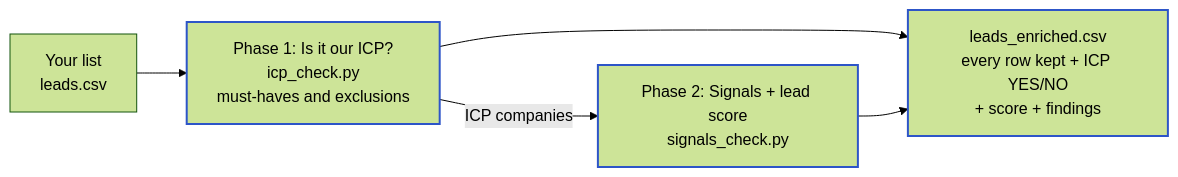
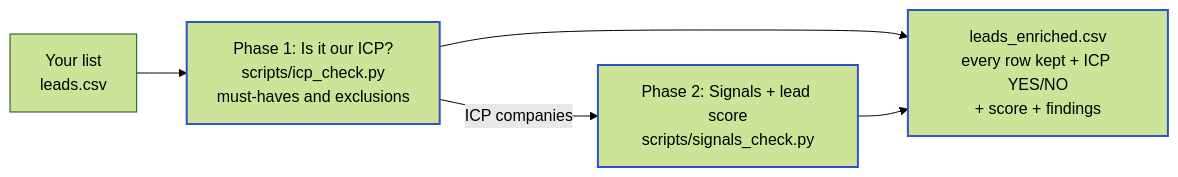
One commit to aligmirza/PuzzleLeadScoring changed the first of 11 diagrams in docs/DOCUMENTATION.md. Above: the diagram before and after it, drawn with Mermaid (forest theme). The commit also changed other lines of this file and 17 other files, not shown here.

````diff
--- a/docs/DOCUMENTATION.md
+++ b/docs/DOCUMENTATION.md
@@ -28,10 +27,10 @@
 ```mermaid
 flowchart LR
-    L["Your list<br/>leads.csv"] --> P1["Phase 1: Is it our ICP?<br/>icp_check.py<br/>must-haves and exclusions"]
-    P1 -->|"ICP companies"| P2["Phase 2: Signals + lead score<br/>signals_check.py"]
+    L["Your list<br/>leads.csv"] --> P1["Phase 1: Is it our ICP?<br/>scripts/icp_check.py<br/>must-haves and exclusions"]
+    P1 -->|"ICP companies"| P2["Phase 2: Signals + lead score<br/>scripts/signals_check.py"]
     P1 --> R["leads_enriched.csv<br/>every row kept + ICP YES/NO<br/>+ score + findings"]
     P2 --> R
 
     classDef key stroke:#2d55c8,stroke-width:2px
     class P1,P2,R key
 ```
````
